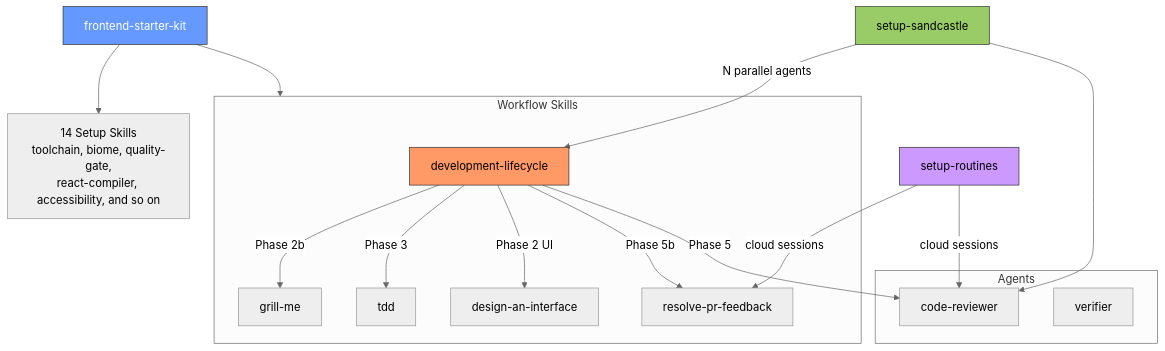
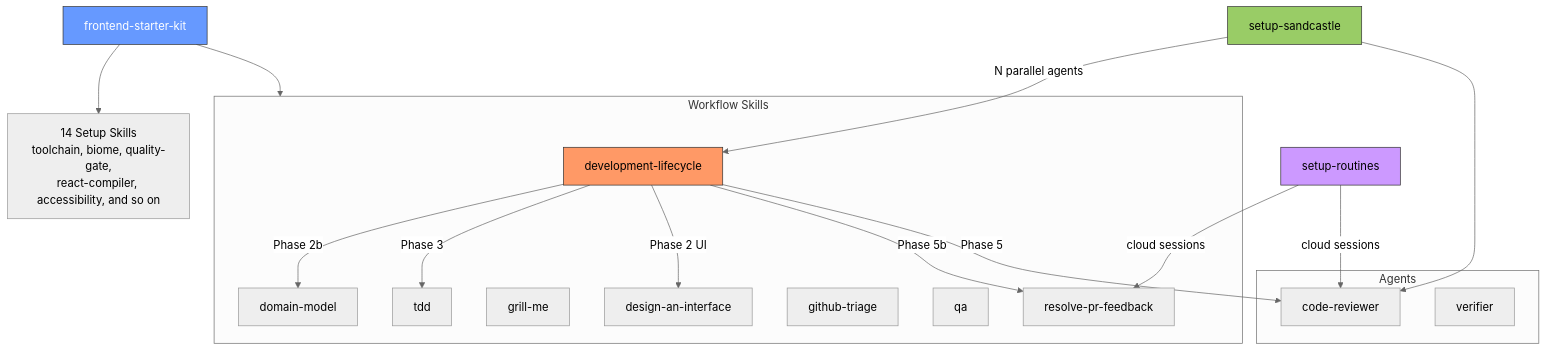
One commit to malinskibeniamin/skills changed the second of 3 diagrams in README.md. Above: the diagram before and after it, drawn with Mermaid (neutral theme). The commit also changed other lines of this file and 21 other files, not shown here.

````diff
--- a/README.md
+++ b/README.md
@@ -515,40 +543,43 @@
 ```mermaid
 graph TD
     FSK["frontend-starter-kit"]
     Setup["14 Setup Skills\ntoolchain, biome, quality-gate,\nreact-compiler, accessibility, and so on"]
     SC[setup-sandcastle]
     RT[setup-routines]
 
     subgraph Workflow["Workflow Skills"]
         DL["development-lifecycle"]
         TDD[tdd]
+        DM[domain-model]
         GM[grill-me]
         DAI[design-an-interface]
+        GT[github-triage]
+        QA[qa]
         RPF[resolve-pr-feedback]
     end
 
     subgraph Agents
         CR[code-reviewer]
         VER[verifier]
     end
 
     FSK --> Setup
     FSK --> Workflow
 
-    DL -- "Phase 2b" --> GM
+    DL -- "Phase 2b" --> DM
     DL -- "Phase 3" --> TDD
     DL -- "Phase 2 UI" --> DAI
     DL -- "Phase 5b" --> RPF
     DL -- "Phase 5" --> CR
 
     SC -- "N parallel agents" --> DL
     SC --> CR
 
     RT -- "cloud sessions" --> RPF
     RT -- "cloud sessions" --> CR
 
     style DL fill:#f96,stroke:#333,color:#000
     style FSK fill:#69f,stroke:#333,color:#fff
     style SC fill:#9c6,stroke:#333,color:#000
     style RT fill:#c9f,stroke:#333,color:#000
 ```
````
